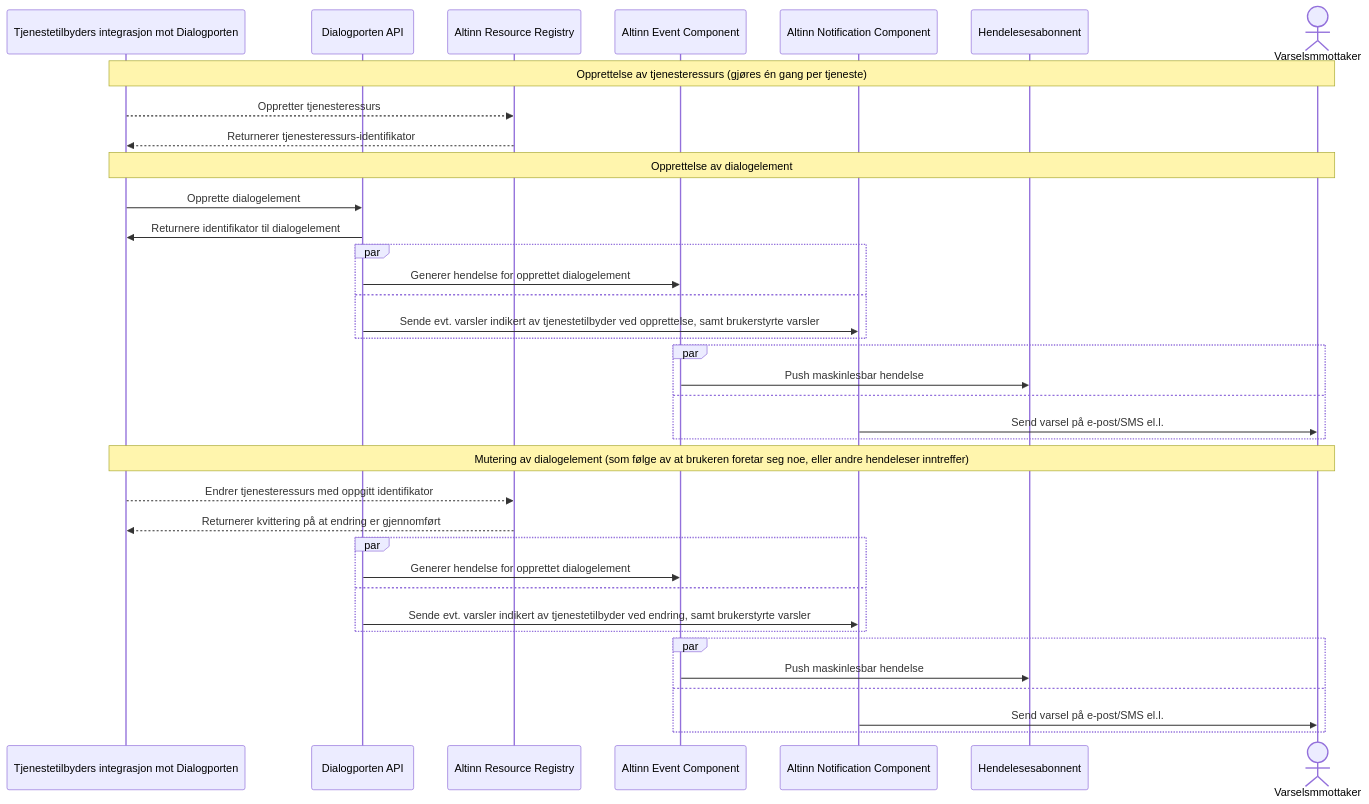
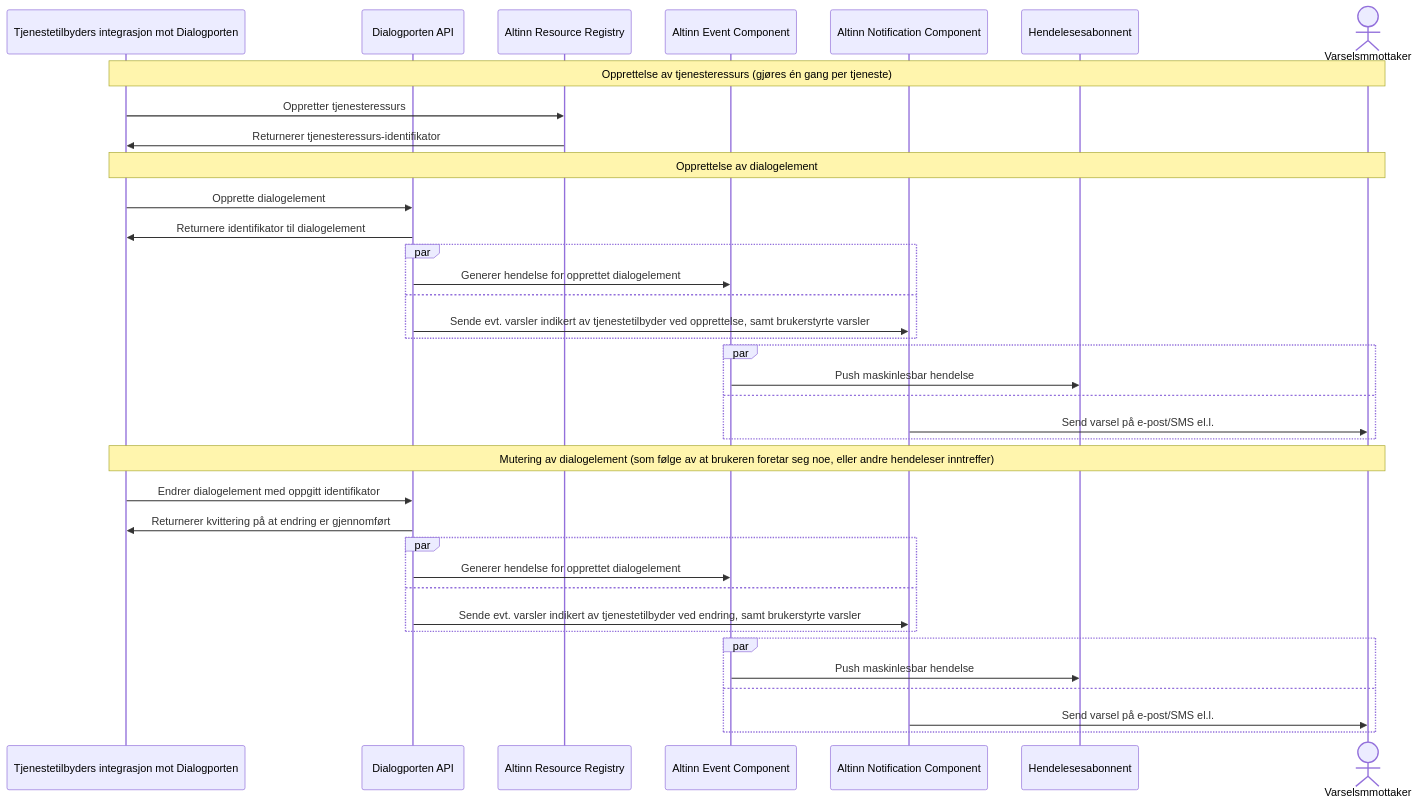
One commit to elsand/elsand.github.io changed the first of 6 diagrams in dialogporten.md. Above: the diagram before and after it, drawn with Mermaid. The commit also changed other lines of this file and 5 other files, not shown here.

Commit message:
Fix diagram issue with updating element, add some notes about authorization

````diff
--- a/dialogporten.md
+++ b/dialogporten.md
@@ -156,42 +210,42 @@
 ```mermaid!
 sequenceDiagram
     participant TE as Tjenestetilbyders integrasjon mot Dialogporten
     participant API as Dialogporten API
     participant ARR as Altinn Resource Registry
     participant EVT as Altinn Event Component
     participant NOT as Altinn Notification Component
     participant EVTRCPT as Hendelesesabonnent
     actor NOTRCPT as Varselsmmottaker
 
 note over TE,NOTRCPT: Opprettelse av tjenesteressurs (gjøres én gang per tjeneste)
-TE-->>ARR: Oppretter tjenesteressurs
-ARR-->>TE: Returnerer tjenesteressurs-identifikator
+TE->>ARR: Oppretter tjenesteressurs
+ARR->>TE: Returnerer tjenesteressurs-identifikator
 note over TE,NOTRCPT: Opprettelse av dialogelement
 TE->>API: Opprette dialogelement
 API->>TE: Returnere identifikator til dialogelement
 par
     API->>EVT: Generer hendelse for opprettet dialogelement
     and
     API->>NOT: Sende evt. varsler indikert av tjenestetilbyder ved opprettelse, samt brukerstyrte varsler
 end
 par
     EVT->>EVTRCPT: Push maskinlesbar hendelse
     and
     NOT->>NOTRCPT: Send varsel på e-post/SMS el.l.
 end
 
 note over TE,NOTRCPT: Mutering av dialogelement (som følge av at brukeren foretar seg noe, eller andre hendeleser inntreffer)
 
-TE-->>ARR: Endrer tjenesteressurs med oppgitt identifikator
-ARR-->>TE: Returnerer kvittering på at endring er gjennomført
+TE->>API: Endrer dialogelement med oppgitt identifikator
+API->>TE: Returnerer kvittering på at endring er gjennomført
 par
     API->>EVT: Generer hendelse for opprettet dialogelement
     and
     API->>NOT: Sende evt. varsler indikert av tjenestetilbyder ved endring, samt brukerstyrte varsler
 end
 par
     EVT->>EVTRCPT: Push maskinlesbar hendelse
     and
     NOT->>NOTRCPT: Send varsel på e-post/SMS el.l.
 end
 ```
````
